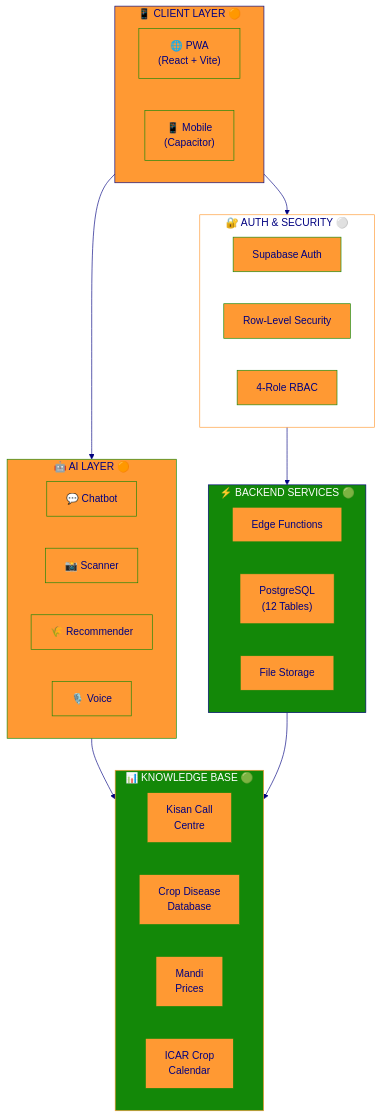
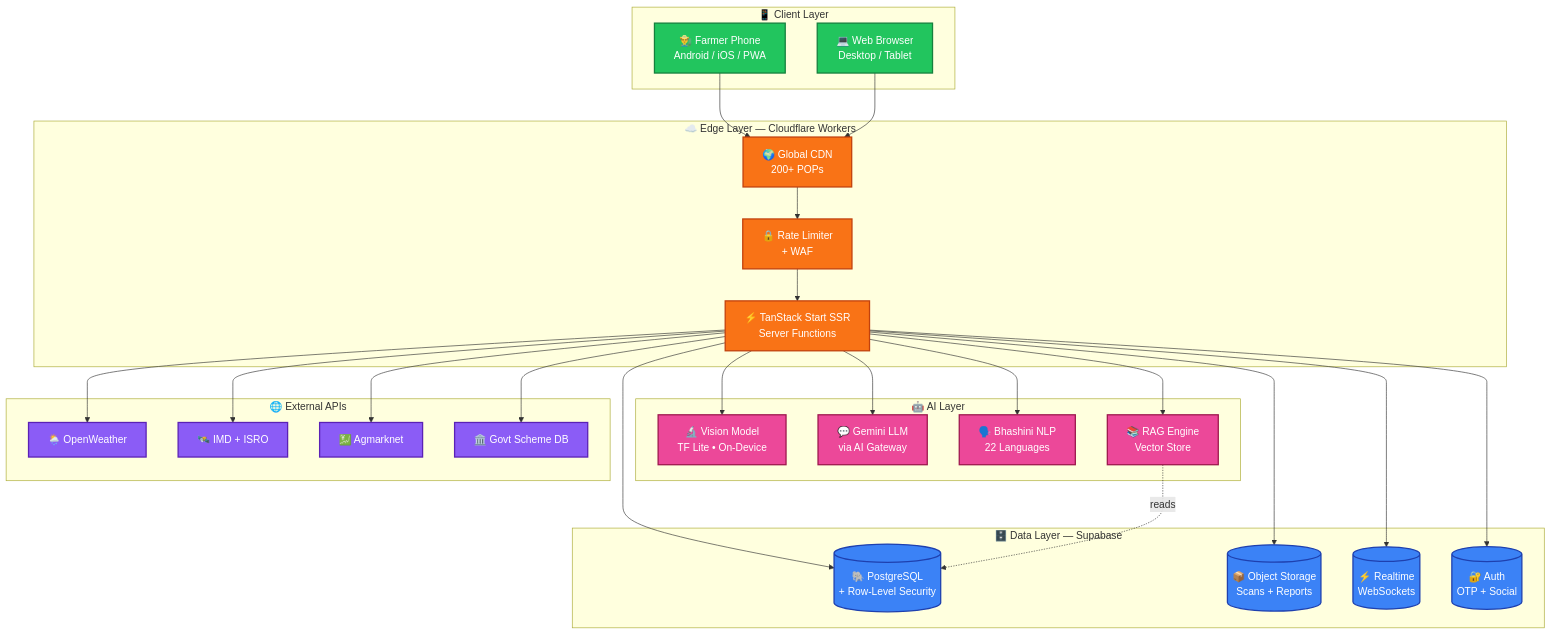
The second of 3 diagrams in README.md (Samrudh2006/Farm_Intellect), drawn with Mermaid before and after one commit. The commit also changed other lines of this file, not shown here.

````diff
--- a/README.md
+++ b/README.md
@@ -367,87 +418,53 @@
 ```mermaid
-
-%%{init: {'theme': 'base', 'themeVariables': { 'primaryColor': '#FF9933', 'primaryTextColor': '#000080', 'primaryBorderColor': '#138808', 'lineColor': '#000080', 'secondaryColor': '#FFFFFF', 'tertiaryColor': '#138808'}}}%%
-
 flowchart TB
-
-    subgraph Client["📱 CLIENT LAYER 🟠"]
-
-        direction LR
-
-        PWA["🌐 PWA<br/>(React + Vite)"]
-
-        CAP["📱 Mobile<br/>(Capacitor)"]
-
+    subgraph CLIENT["📱 Client Layer"]
+        A1[👨‍🌾 Farmer Phone<br/>Android / iOS / PWA]
+        A2[💻 Web Browser<br/>Desktop / Tablet]
     end
 
-    subgraph Auth["🔐 AUTH & SECURITY ⚪"]
-
-        direction LR
-
-        SA["Supabase Auth"]
-
-        RLS["Row-Level Security"]
-
-        RBAC["4-Role RBAC"]
-
+    subgraph EDGE["☁️ Edge Layer — Cloudflare Workers"]
+        B1[🌍 Global CDN<br/>200+ POPs]
+        B2[⚡ TanStack Start SSR<br/>Server Functions]
+        B3[🔒 Rate Limiter<br/>+ WAF]
     end
 
-    subgraph Backend["⚡ BACKEND SERVICES 🟢"]
-
-        direction LR
-
-        EF["Edge Functions"]
-
-        DB["PostgreSQL<br/>(12 Tables)"]
-
-        ST["File Storage"]
-
+    subgraph AI["🤖 AI Layer"]
+        C1[🔬 Vision Model<br/>TF Lite • On-Device]
+        C2[💬 Gemini LLM<br/>via AI Gateway]
+        C3[🗣️ Bhashini NLP<br/>22 Languages]
+        C4[📚 RAG Engine<br/>Vector Store]
     end
 
-    subgraph AI["🤖 AI LAYER 🟠"]
-
-        direction LR
-
-        CHAT["💬 Chatbot"]
-
-        SCAN["📸 Scanner"]
-
-        REC["🌾 Recommender"]
-
-        VOICE["🎙️ Voice"]
-
+    subgraph DATA["🗄️ Data Layer — Supabase"]
+        D1[(🐘 PostgreSQL<br/>+ Row-Level Security)]
+        D2[(📦 Object Storage<br/>Scans + Reports)]
+        D3[(⚡ Realtime<br/>WebSockets)]
+        D4[(🔐 Auth<br/>OTP + Social)]
     end
 
-    subgraph Data["📊 KNOWLEDGE BASE 🟢"]
-
-        direction LR
-
-        KCC["Kisan Call<br/>Centre"]
-
-        CROP["Crop Disease<br/>Database"]
-
-        MANDI["Mandi<br/>Prices"]
-
-        CAL["ICAR Crop<br/>Calendar"]
-
+    subgraph EXT["🌐 External APIs"]
+        E1[🌦️ OpenWeather]
+        E2[🛰️ IMD + ISRO]
+        E3[💹 Agmarknet]
+        E4[🏛️ Govt Scheme DB]
     end
 
-    Client --> Auth --> Backend
+    A1 & A2 --> B1
+    B1 --> B3 --> B2
+    B2 --> C1 & C2 & C3 & C4
+    B2 --> D1 & D2 & D3 & D4
+    B2 --> E1 & E2 & E3 & E4
+    C4 -.reads.-> D1
 
-    Client --> AI
+    classDef client fill:#22c55e,stroke:#15803d,color:#fff,stroke-width:2px
+    classDef edge fill:#f97316,stroke:#c2410c,color:#fff,stroke-width:2px
+    classDef ai fill:#ec4899,stroke:#9d174d,color:#fff,stroke-width:2px
+    classDef data fill:#3b82f6,stroke:#1e40af,color:#fff,stroke-width:2px
+    classDef ext fill:#8b5cf6,stroke:#5b21b6,color:#fff,stroke-width:2px
 
-    AI --> Data
-
-    Backend --> Data
-
-    style Client fill:#FF9933,stroke:#000080,color:#000080
-
-    style Auth fill:#FFFFFF,stroke:#FF9933,color:#000080
-
-    style Backend fill:#138808,stroke:#000080,color:#FFFFFF
-
-    style AI fill:#FF9933,stroke:#138808,color:#000080
-
-    style Data fill:#138808,stroke:#FF9933,color:#FFFFFF
-
+    class A1,A2 client
+    class B1,B2,B3 edge
+    class C1,C2,C3,C4 ai
+    class D1,D2,D3,D4 data
+    class E1,E2,E3,E4 ext
 ```
````
